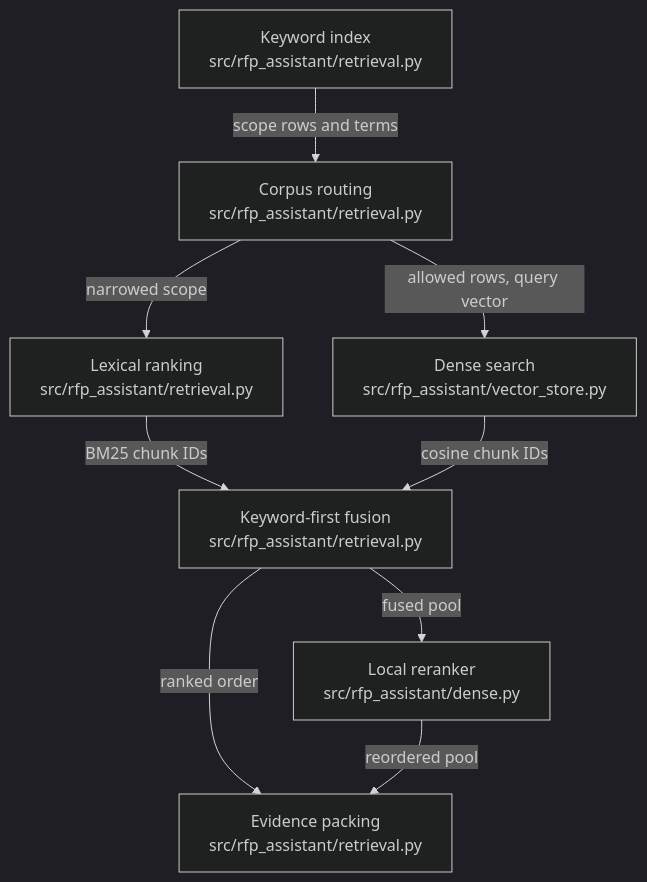
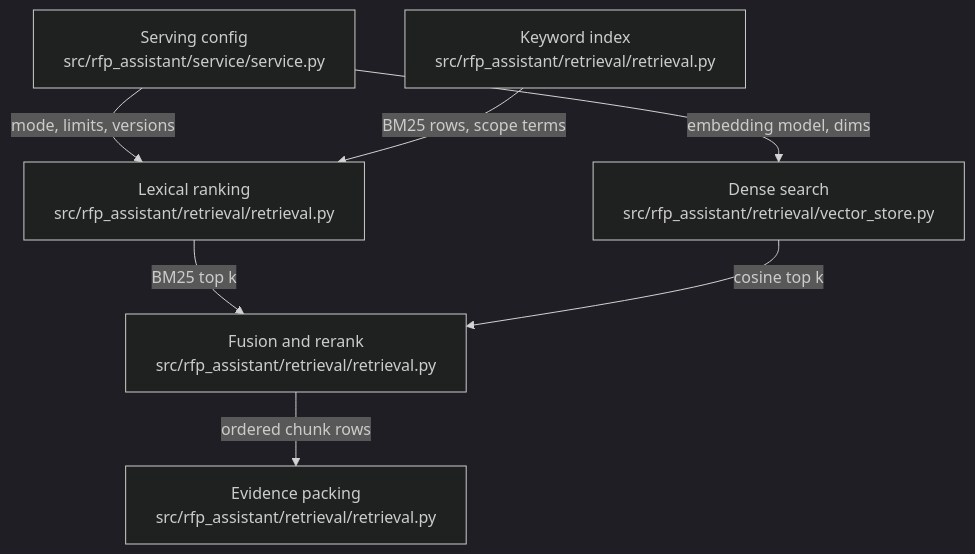
The diagram in .omm/overall-architecture/retrieval-engine/diagram.mmd (littleeeeebit/project-codeit-mid), drawn with Mermaid (dark theme) before and after one commit. The commit also changed 363 other files, not shown here.

```diff
--- a/.omm/overall-architecture/retrieval-engine/diagram.mmd
+++ b/.omm/overall-architecture/retrieval-engine/diagram.mmd
@@ -1,9 +1,7 @@
 graph TD
-  keyword-index["Keyword index\nsrc/rfp_assistant/retrieval.py"] -->|"scope rows and terms"| corpus-routing["Corpus routing\nsrc/rfp_assistant/retrieval.py"]
-  corpus-routing -->|"narrowed scope"| lexical-ranking["Lexical ranking\nsrc/rfp_assistant/retrieval.py"]
-  corpus-routing -->|"allowed rows, query vector"| dense-search["Dense search\nsrc/rfp_assistant/vector_store.py"]
-  lexical-ranking -->|"BM25 chunk IDs"| fusion["Keyword-first fusion\nsrc/rfp_assistant/retrieval.py"]
-  dense-search -->|"cosine chunk IDs"| fusion
-  fusion -->|"fused pool"| reranker["Local reranker\nsrc/rfp_assistant/dense.py"]
-  fusion -->|"ranked order"| evidence-packing["Evidence packing\nsrc/rfp_assistant/retrieval.py"]
-  reranker -->|"reordered pool"| evidence-packing
+  serving-config["Serving config\nsrc/rfp_assistant/service/service.py"] -->|"mode, limits, versions"| lexical-ranking["Lexical ranking\nsrc/rfp_assistant/retrieval/retrieval.py"]
+  keyword-index["Keyword index\nsrc/rfp_assistant/retrieval/retrieval.py"] -->|"BM25 rows, scope terms"| lexical-ranking
+  serving-config -->|"embedding model, dims"| dense-search["Dense search\nsrc/rfp_assistant/retrieval/vector_store.py"]
+  lexical-ranking -->|"BM25 top k"| fusion-rerank["Fusion and rerank\nsrc/rfp_assistant/retrieval/retrieval.py"]
+  dense-search -->|"cosine top k"| fusion-rerank
+  fusion-rerank -->|"ordered chunk rows"| evidence-packing["Evidence packing\nsrc/rfp_assistant/retrieval/retrieval.py"]
```
